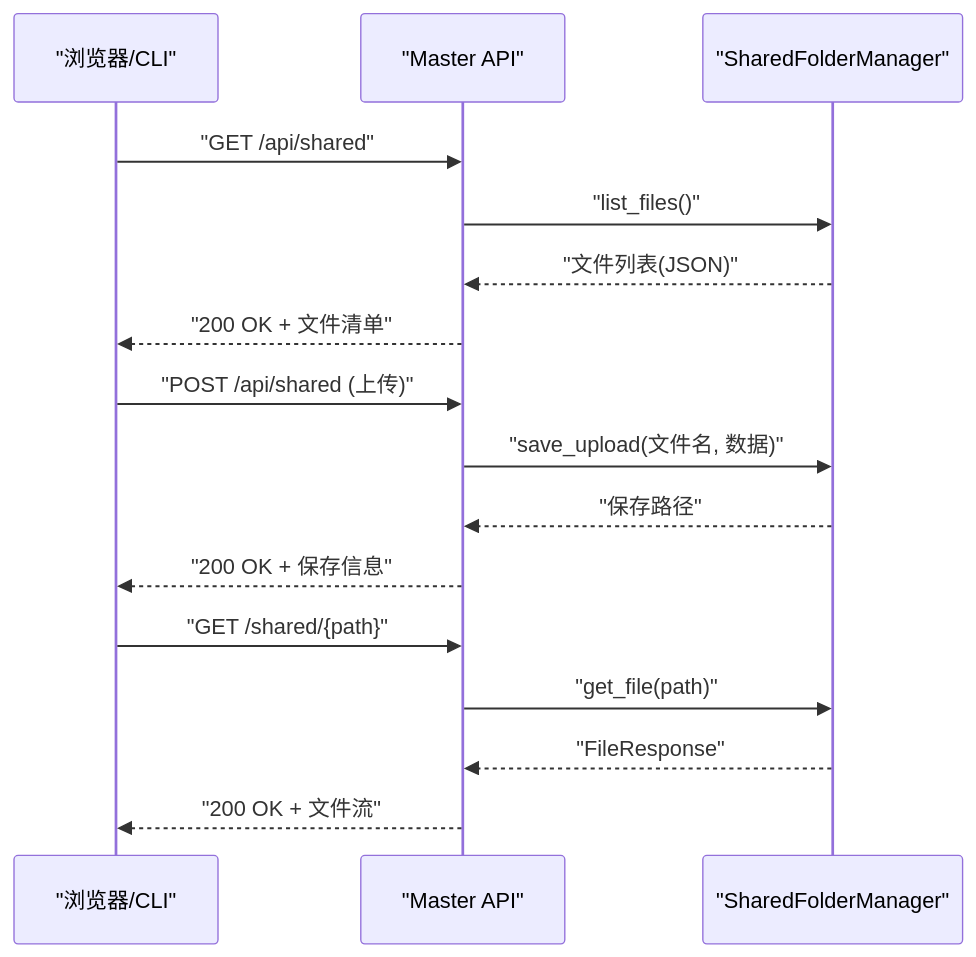
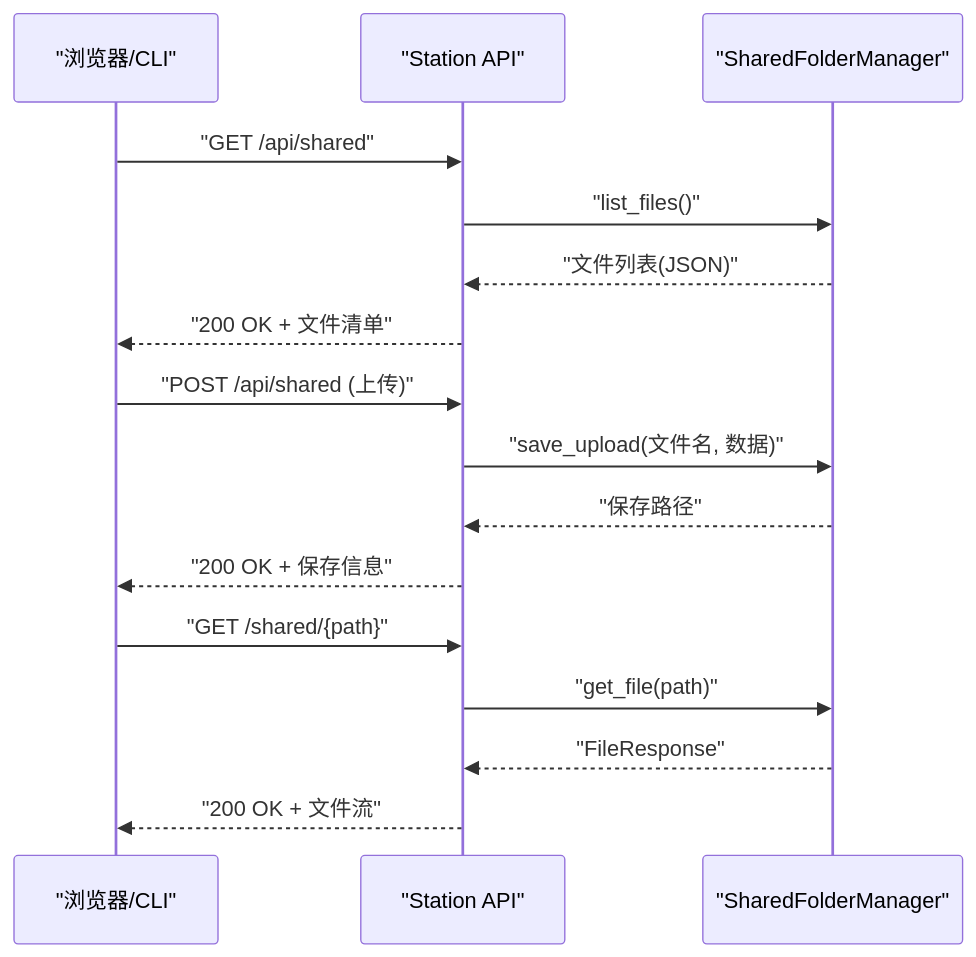
One commit to targalian/Personal-distributed-workstation changed the sixth of 11 diagrams in .qoder/repowiki/zh/content/核心模块/核心模块.md. Above: the diagram before and after it, drawn with Mermaid. The commit also changed other lines of this file and 69 other files, not shown here.

````diff
--- a/.qoder/repowiki/zh/content/核心模块/核心模块.md
+++ b/.qoder/repowiki/zh/content/核心模块/核心模块.md
@@ -399,18 +423,18 @@
 ```mermaid
 sequenceDiagram
 participant Client as "浏览器/CLI"
-participant Master as "Master API"
+participant Station as "Station API"
 participant SF as "SharedFolderManager"
-Client->>Master : "GET /api/shared"
-Master->>SF : "list_files()"
-SF-->>Master : "文件列表(JSON)"
-Master-->>Client : "200 OK + 文件清单"
-Client->>Master : "POST /api/shared (上传)"
-Master->>SF : "save_upload(文件名, 数据)"
-SF-->>Master : "保存路径"
-Master-->>Client : "200 OK + 保存信息"
-Client->>Master : "GET /shared/{path}"
-Master->>SF : "get_file(path)"
-SF-->>Master : "FileResponse"
-Master-->>Client : "200 OK + 文件流"
+Client->>Station : "GET /api/shared"
+Station->>SF : "list_files()"
+SF-->>Station : "文件列表(JSON)"
+Station-->>Client : "200 OK + 文件清单"
+Client->>Station : "POST /api/shared (上传)"
+Station->>SF : "save_upload(文件名, 数据)"
+SF-->>Station : "保存路径"
+Station-->>Client : "200 OK + 保存信息"
+Client->>Station : "GET /shared/{path}"
+Station->>SF : "get_file(path)"
+SF-->>Station : "FileResponse"
+Station-->>Client : "200 OK + 文件流"
 ```
````
